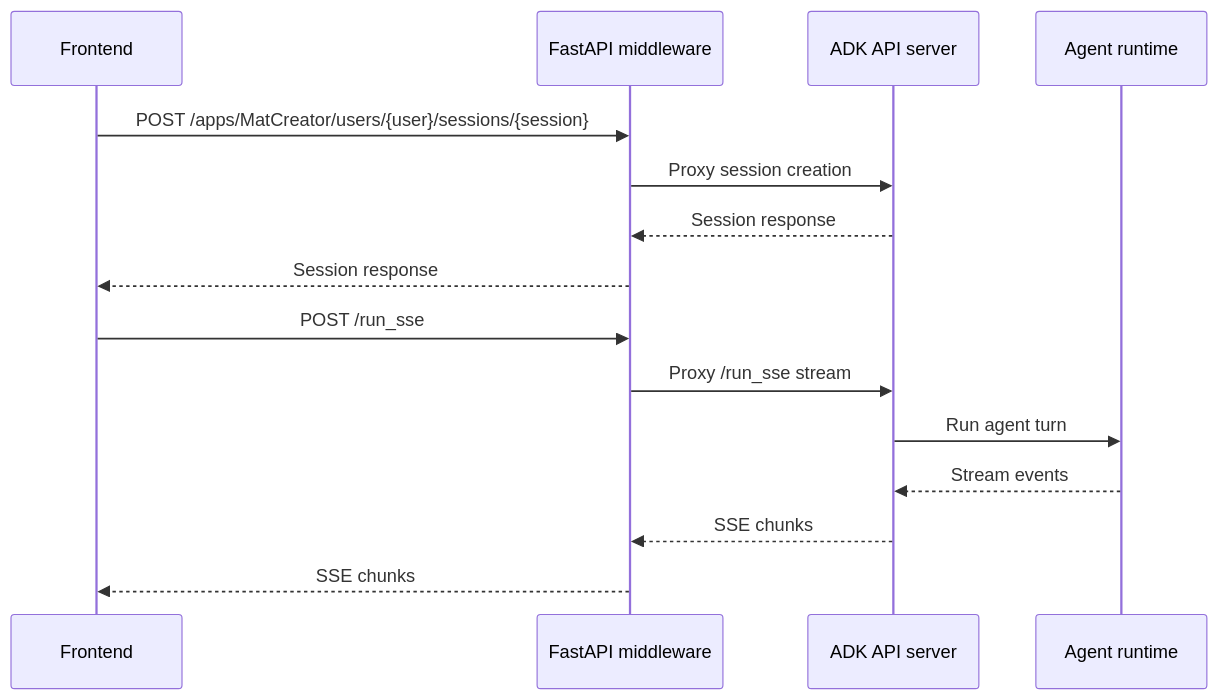
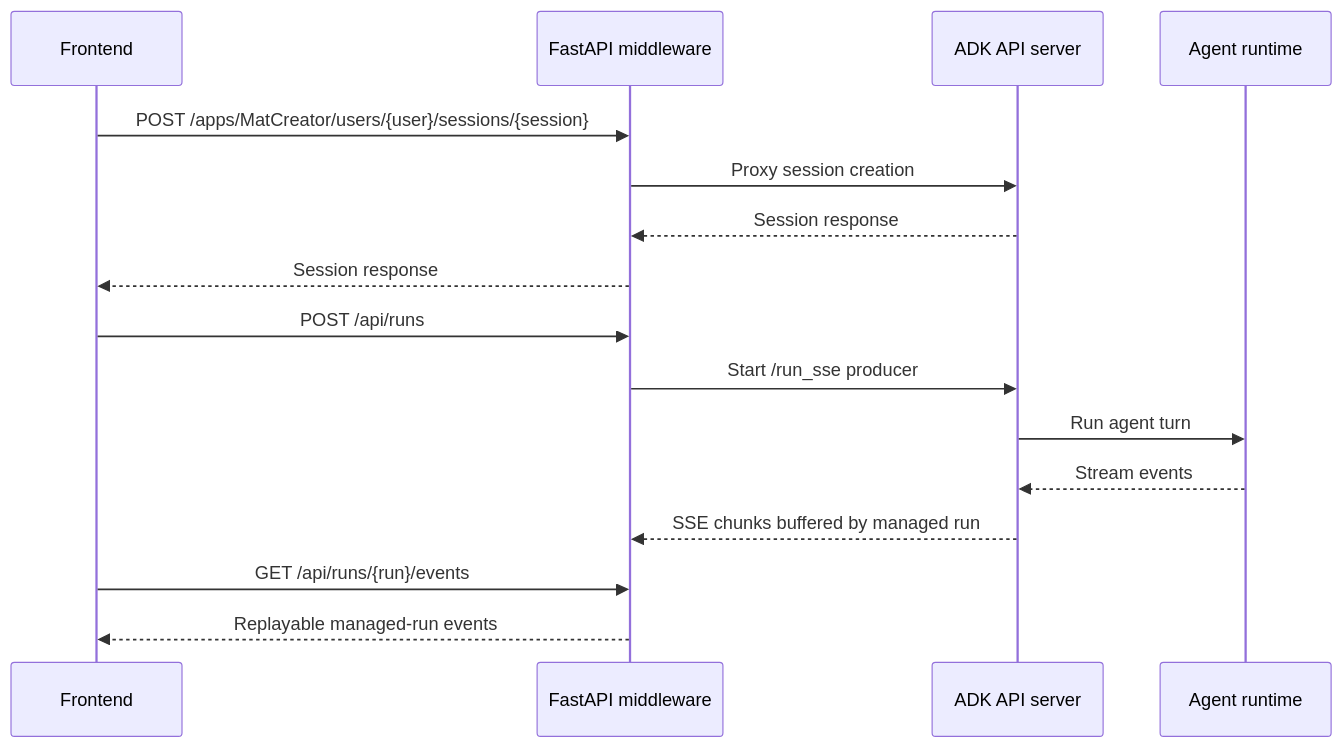
Before and after one commit to AI4MS/MatCreator: the second of 5 diagrams in docs/architecture_components.md, drawn with Mermaid. The commit also changed other lines of this file and 4 other files, not shown here.

````diff
--- a/docs/architecture_components.md
+++ b/docs/architecture_components.md
@@ -39,19 +39,20 @@
 ```mermaid
 sequenceDiagram
     participant FE as Frontend
     participant MW as FastAPI middleware
     participant ADK as ADK API server
     participant AG as Agent runtime
 
     FE->>MW: POST /apps/MatCreator/users/{user}/sessions/{session}
     MW->>ADK: Proxy session creation
     ADK-->>MW: Session response
     MW-->>FE: Session response
 
-    FE->>MW: POST /run_sse
-    MW->>ADK: Proxy /run_sse stream
+    FE->>MW: POST /api/runs
+    MW->>ADK: Start /run_sse producer
     ADK->>AG: Run agent turn
     AG-->>ADK: Stream events
-    ADK-->>MW: SSE chunks
-    MW-->>FE: SSE chunks
+    ADK-->>MW: SSE chunks buffered by managed run
+    FE->>MW: GET /api/runs/{run}/events
+    MW-->>FE: Replayable managed-run events
 ```
````
